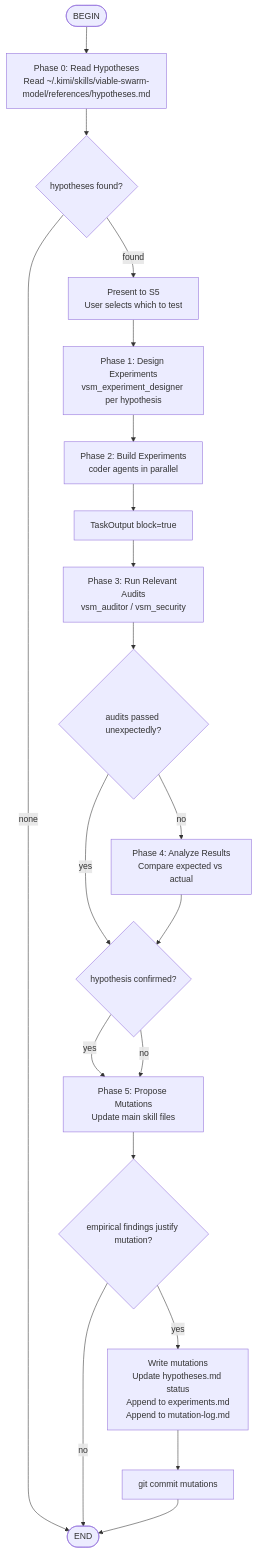
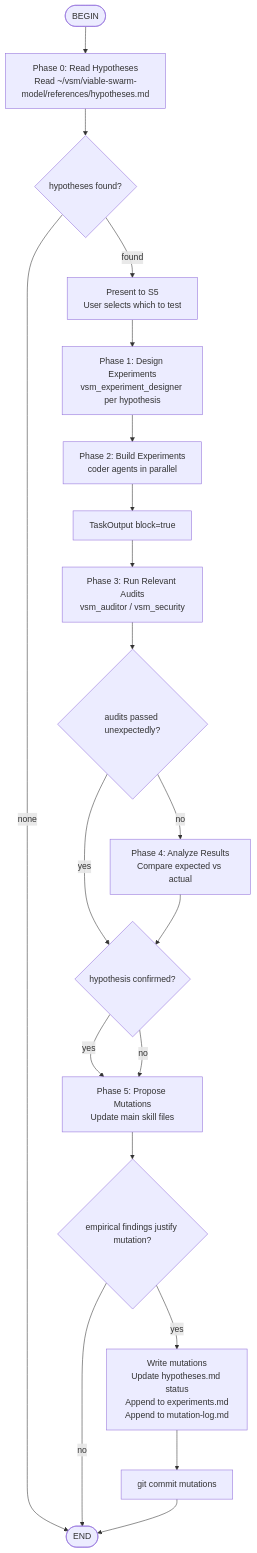
Before and after one commit to michael-wojcik/viable-swarm-model: the diagram in vsm-fitness-gym/SKILL.md, drawn with Mermaid. The commit also changed other lines of this file and 1 other file, not shown here.

Commit message:
fix: use ~/vsm/ paths instead of ~/.kimi/skills/ for skill self-modification references

````diff
--- a/vsm-fitness-gym/SKILL.md
+++ b/vsm-fitness-gym/SKILL.md
@@ -82,39 +82,39 @@
 ```mermaid
 flowchart TD
     BEGIN([BEGIN])
-    P0[Phase 0: Read Hypotheses<br/>Read ~/.kimi/skills/viable-swarm-model/references/hypotheses.md]
+    P0[Phase 0: Read Hypotheses<br/>Read ~/vsm/viable-swarm-model/references/hypotheses.md]
     P0S{<choice>hypotheses found</choice>?}
     P0P[Present to S5<br/>User selects which to test]
     P1[Phase 1: Design Experiments<br/>vsm_experiment_designer per hypothesis]
     P2[Phase 2: Build Experiments<br/>coder agents in parallel]
     P2S[TaskOutput block=true]
     P3[Phase 3: Run Relevant Audits<br/>vsm_auditor / vsm_security]
     P3D{<choice>audits passed unexpectedly</choice>?}
     P4[Phase 4: Analyze Results<br/>Compare expected vs actual]
     P4C{<choice>hypothesis confirmed</choice>?}
     P5[Phase 5: Propose Mutations<br/>Update main skill files]
     P5A{<choice>empirical findings justify mutation</choice>?}
     P5W[Write mutations<br/>Update hypotheses.md status<br/>Append to experiments.md<br/>Append to mutation-log.md]
     P5G[git commit mutations]
     END([END])
 
     BEGIN --> P0
     P0 --> P0S
     P0S -->|<choice>none</choice>| END
     P0S -->|<choice>found</choice>| P0P
     P0P --> P1
     P1 --> P2
     P2 --> P2S
     P2S --> P3
     P3 --> P3D
     P3D -->|<choice>yes</choice>| P4C
     P3D -->|<choice>no</choice>| P4
     P4 --> P4C
     P4C -->|<choice>yes</choice>| P5
     P4C -->|<choice>no</choice>| P5
     P5 --> P5A
     P5A -->|<choice>yes</choice>| P5W
     P5A -->|<choice>no</choice>| END
     P5W --> P5G
     P5G --> END
 ```
````
